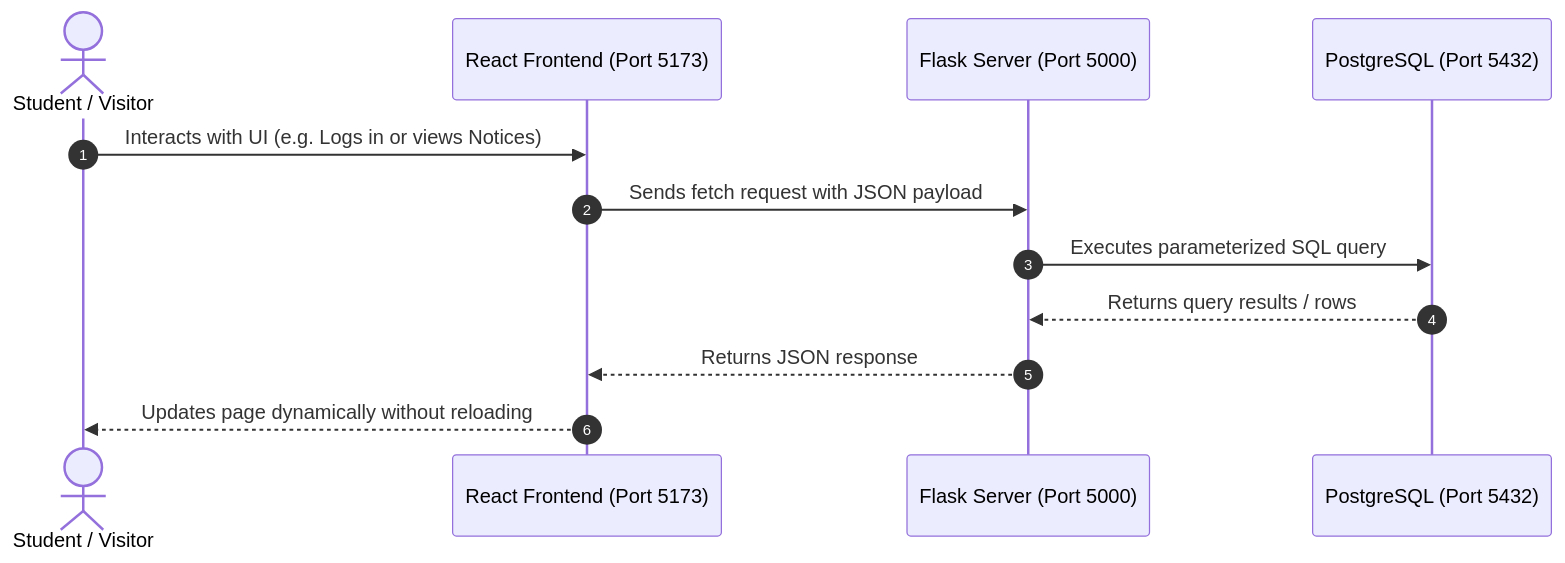
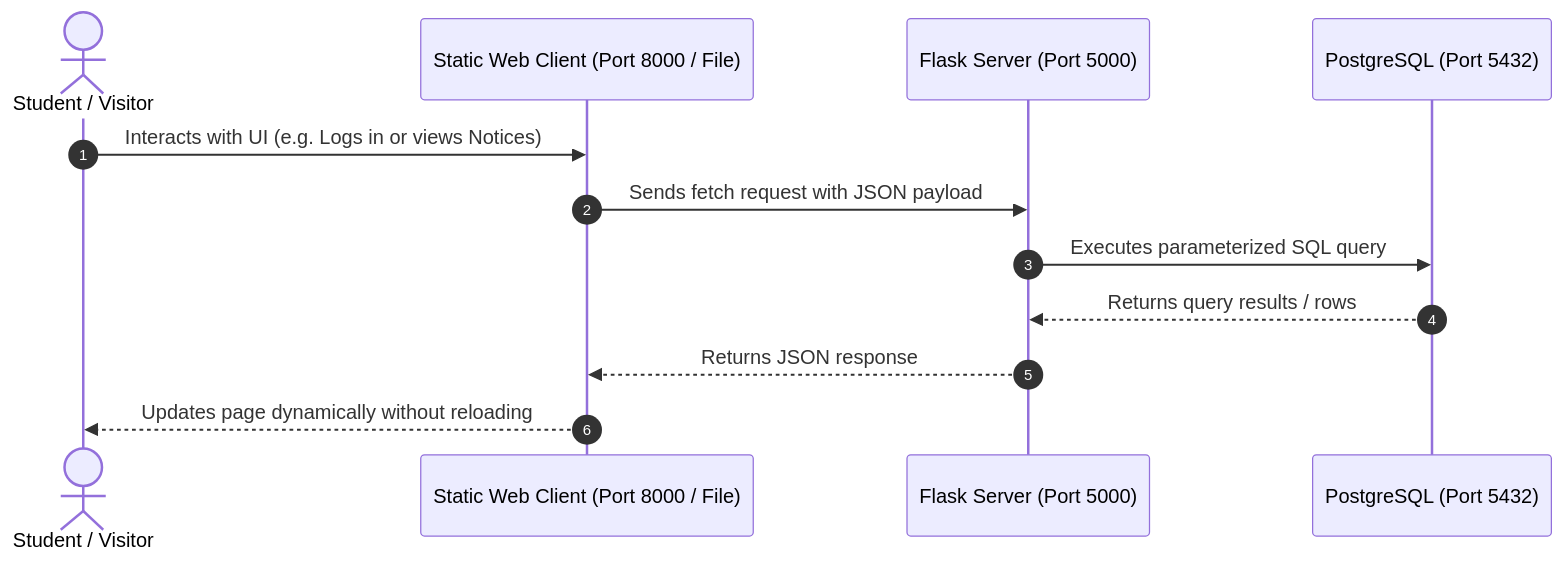
Before and after one commit to AyushSrivastava1818/WebDev-Project-1043-1048-: the second of 3 diagrams in README.md, drawn with Mermaid. The commit also changed other lines of this file and 46 other files, not shown here.

````diff
--- a/README.md
+++ b/README.md
@@ -45,15 +45,15 @@
 ```mermaid
 sequenceDiagram
     autonumber
     actor User as Student / Visitor
-    participant React as React Frontend (Port 5173)
+    participant Frontend as Static Web Client (Port 8000 / File)
     participant Flask as Flask Server (Port 5000)
     participant DB as PostgreSQL (Port 5432)
 
-    User->>React: Interacts with UI (e.g. Logs in or views Notices)
-    React->>Flask: Sends fetch request with JSON payload
+    User->>Frontend: Interacts with UI (e.g. Logs in or views Notices)
+    Frontend->>Flask: Sends fetch request with JSON payload
     Flask->>DB: Executes parameterized SQL query
     DB-->>Flask: Returns query results / rows
-    Flask-->>React: Returns JSON response
-    React-->>User: Updates page dynamically without reloading
+    Flask-->>Frontend: Returns JSON response
+    Frontend-->>User: Updates page dynamically without reloading
 ```
````
